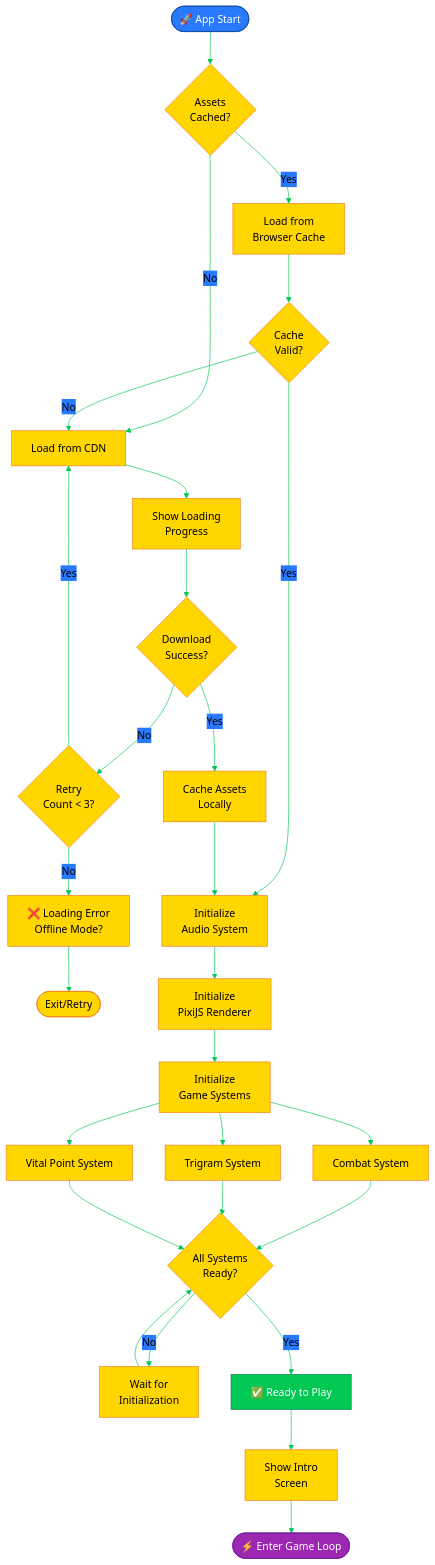
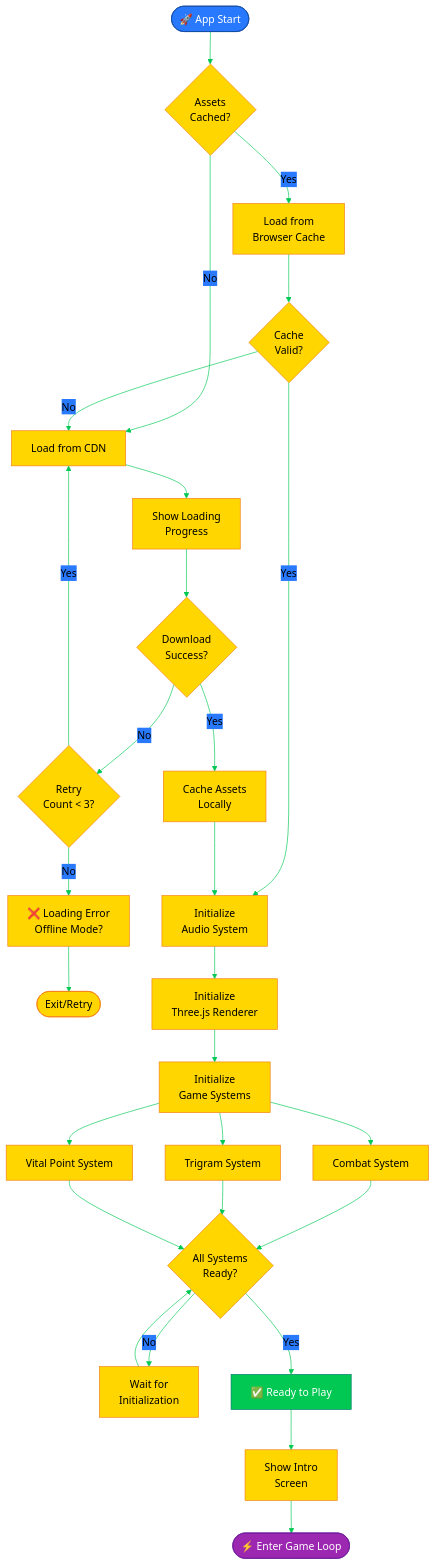
One commit to Hack23/blacktrigram changed the eighth of 8 diagrams in FLOWCHART.md. Above: the diagram before and after it, drawn with Mermaid. The commit also changed other lines of this file and 22 other files, not shown here.

Commit message:
Refactor architecture documentation to replace PixiJS with Three.js, update threat model analysis, and enhance CI/CD workflows for improved security compliance

````diff
--- a/FLOWCHART.md
+++ b/FLOWCHART.md
@@ -449,49 +449,49 @@
 ```mermaid
 %%{init: {'theme':'base', 'themeVariables': {'primaryColor':'#FFD600','primaryTextColor':'#000','primaryBorderColor':'#F57F17','lineColor':'#00C853','secondaryColor':'#2979FF','tertiaryColor':'#FF3D00'}}}%%
 flowchart TD
     Start([🚀 App Start]) --> CheckCache{Assets<br/>Cached?}
-    
+
     CheckCache -->|Yes| LoadCached[Load from<br/>Browser Cache]
     CheckCache -->|No| LoadRemote[Load from CDN]
-    
+
     LoadCached --> VerifyCache{Cache<br/>Valid?}
-    
+
     VerifyCache -->|No| LoadRemote
     VerifyCache -->|Yes| InitAudio[Initialize<br/>Audio System]
-    
+
     LoadRemote --> Progress[Show Loading<br/>Progress]
     Progress --> DownloadAssets{Download<br/>Success?}
-    
+
     DownloadAssets -->|No| Retry{Retry<br/>Count < 3?}
     DownloadAssets -->|Yes| CacheAssets[Cache Assets<br/>Locally]
-    
+
     Retry -->|Yes| LoadRemote
     Retry -->|No| ErrorScreen[❌ Loading Error<br/>Offline Mode?]
-    
+
     ErrorScreen --> End([Exit/Retry])
-    
+
     CacheAssets --> InitAudio
-    
-    InitAudio --> InitPixi[Initialize<br/>PixiJS Renderer]
-    InitPixi --> InitGame[Initialize<br/>Game Systems]
-    
+
+    InitAudio --> InitThree[Initialize<br/>Three.js Renderer]
+    InitThree --> InitGame[Initialize<br/>Game Systems]
+
     InitGame --> Combat[Combat System]
     InitGame --> Trigram[Trigram System]
     InitGame --> VP[Vital Point System]
-    
+
     Combat --> Ready{All Systems<br/>Ready?}
     Trigram --> Ready
     VP --> Ready
-    
+
     Ready -->|No| Wait[Wait for<br/>Initialization]
     Ready -->|Yes| Complete[✅ Ready to Play]
-    
+
     Wait --> Ready
     Complete --> ShowIntro[Show Intro<br/>Screen]
     ShowIntro --> GameLoop([⚡ Enter Game Loop])
-    
+
     style Start fill:#2979FF,stroke:#0D47A1,color:#fff
     style LoadRemote fill:#FFD600,stroke:#F57F17,color:#000
     style Complete fill:#00C853,stroke:#00796B,color:#fff
     style GameLoop fill:#9C27B0,stroke:#6A1B9A,color:#fff
 ```
````
